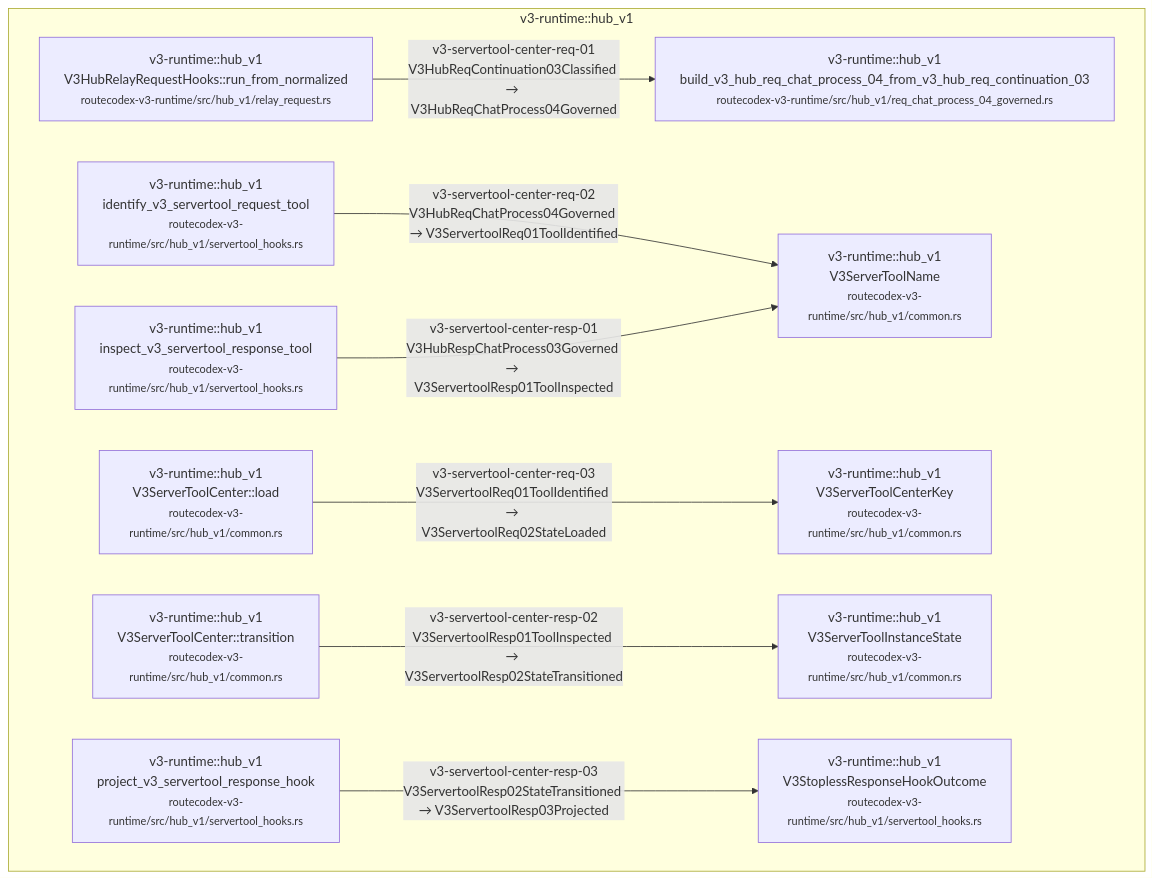
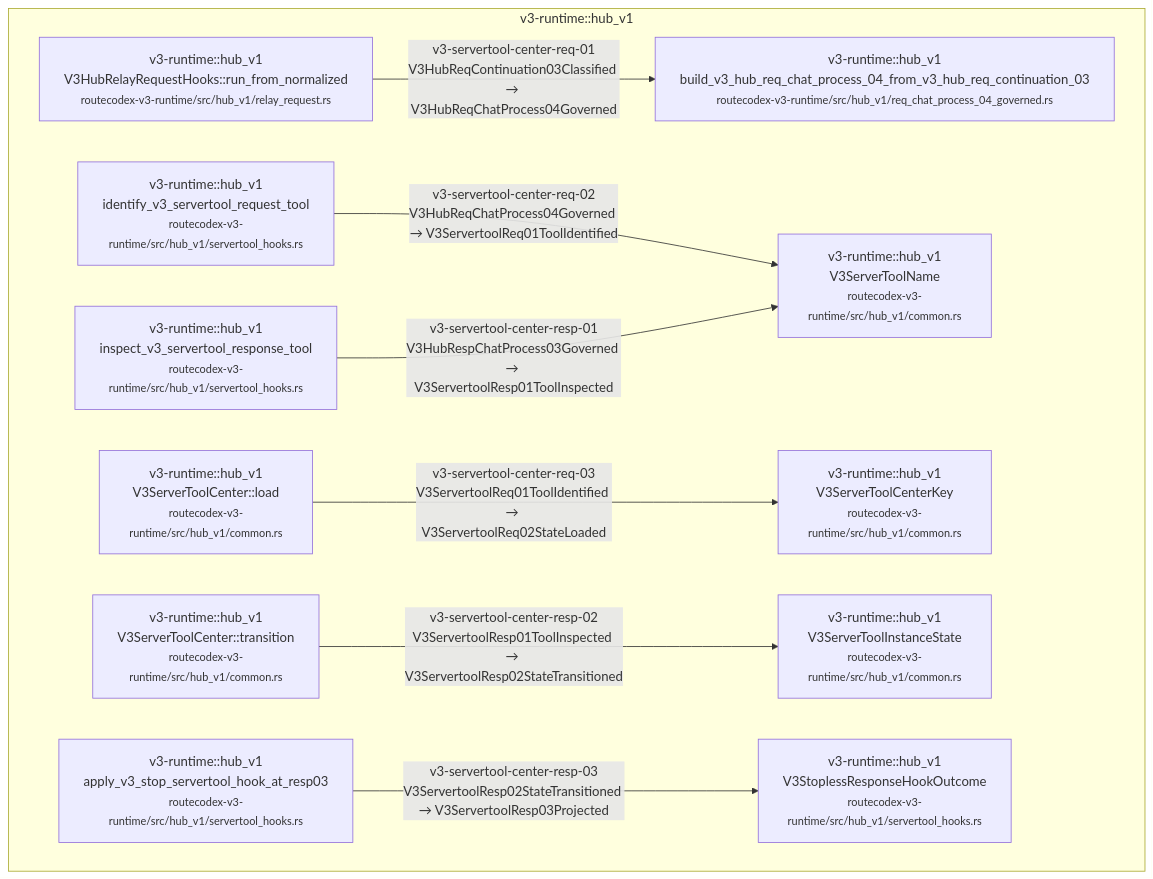
Before and after one commit to Jasonzhangf/routecodex: diagram 40 of 56 in docs/architecture/wiki/v3-mainline-caller-flow.md, drawn with Mermaid. The commit also changed other lines of this file and 5 other files, not shown here.

First line of the commit message:
feat(v3-servertool): implement ServertoolCenter tool identification and governance entry

````diff
--- a/docs/architecture/wiki/v3-mainline-caller-flow.md
+++ b/docs/architecture/wiki/v3-mainline-caller-flow.md
@@ -1619,22 +1613,22 @@
 ```mermaid
 flowchart TD
   subgraph c_38_v3_servertool_center_skeleton_m_v3_runtime__hub_v1["v3-runtime::hub_v1"]
     c_38_v3_servertool_center_skeleton_0["v3-runtime::hub_v1<br/>V3HubRelayRequestHooks::run_from_normalized<br/><small>routecodex-v3-runtime/src/hub_v1/relay_request.rs</small>"]
     c_38_v3_servertool_center_skeleton_1["v3-runtime::hub_v1<br/>build_v3_hub_req_chat_process_04_from_v3_hub_req_continuation_03<br/><small>routecodex-v3-runtime/src/hub_v1/req_chat_process_04_governed.rs</small>"]
     c_38_v3_servertool_center_skeleton_2["v3-runtime::hub_v1<br/>identify_v3_servertool_request_tool<br/><small>routecodex-v3-runtime/src/hub_v1/servertool_hooks.rs</small>"]
     c_38_v3_servertool_center_skeleton_3["v3-runtime::hub_v1<br/>V3ServerToolName<br/><small>routecodex-v3-runtime/src/hub_v1/common.rs</small>"]
     c_38_v3_servertool_center_skeleton_4["v3-runtime::hub_v1<br/>V3ServerToolCenter::load<br/><small>routecodex-v3-runtime/src/hub_v1/common.rs</small>"]
     c_38_v3_servertool_center_skeleton_5["v3-runtime::hub_v1<br/>V3ServerToolCenterKey<br/><small>routecodex-v3-runtime/src/hub_v1/common.rs</small>"]
     c_38_v3_servertool_center_skeleton_6["v3-runtime::hub_v1<br/>inspect_v3_servertool_response_tool<br/><small>routecodex-v3-runtime/src/hub_v1/servertool_hooks.rs</small>"]
     c_38_v3_servertool_center_skeleton_7["v3-runtime::hub_v1<br/>V3ServerToolCenter::transition<br/><small>routecodex-v3-runtime/src/hub_v1/common.rs</small>"]
     c_38_v3_servertool_center_skeleton_8["v3-runtime::hub_v1<br/>V3ServerToolInstanceState<br/><small>routecodex-v3-runtime/src/hub_v1/common.rs</small>"]
-    c_38_v3_servertool_center_skeleton_9["v3-runtime::hub_v1<br/>project_v3_servertool_response_hook<br/><small>routecodex-v3-runtime/src/hub_v1/servertool_hooks.rs</small>"]
+    c_38_v3_servertool_center_skeleton_9["v3-runtime::hub_v1<br/>apply_v3_stop_servertool_hook_at_resp03<br/><small>routecodex-v3-runtime/src/hub_v1/servertool_hooks.rs</small>"]
     c_38_v3_servertool_center_skeleton_10["v3-runtime::hub_v1<br/>V3StoplessResponseHookOutcome<br/><small>routecodex-v3-runtime/src/hub_v1/servertool_hooks.rs</small>"]
   end
   c_38_v3_servertool_center_skeleton_0 -->|v3-servertool-center-req-01<br/>V3HubReqContinuation03Classified → V3HubReqChatProcess04Governed| c_38_v3_servertool_center_skeleton_1
   c_38_v3_servertool_center_skeleton_2 -->|v3-servertool-center-req-02<br/>V3HubReqChatProcess04Governed → V3ServertoolReq01ToolIdentified| c_38_v3_servertool_center_skeleton_3
   c_38_v3_servertool_center_skeleton_4 -->|v3-servertool-center-req-03<br/>V3ServertoolReq01ToolIdentified → V3ServertoolReq02StateLoaded| c_38_v3_servertool_center_skeleton_5
   c_38_v3_servertool_center_skeleton_6 -->|v3-servertool-center-resp-01<br/>V3HubRespChatProcess03Governed → V3ServertoolResp01ToolInspected| c_38_v3_servertool_center_skeleton_3
   c_38_v3_servertool_center_skeleton_7 -->|v3-servertool-center-resp-02<br/>V3ServertoolResp01ToolInspected → V3ServertoolResp02StateTransitioned| c_38_v3_servertool_center_skeleton_8
   c_38_v3_servertool_center_skeleton_9 -->|v3-servertool-center-resp-03<br/>V3ServertoolResp02StateTransitioned → V3ServertoolResp03Projected| c_38_v3_servertool_center_skeleton_10
 ```
````
